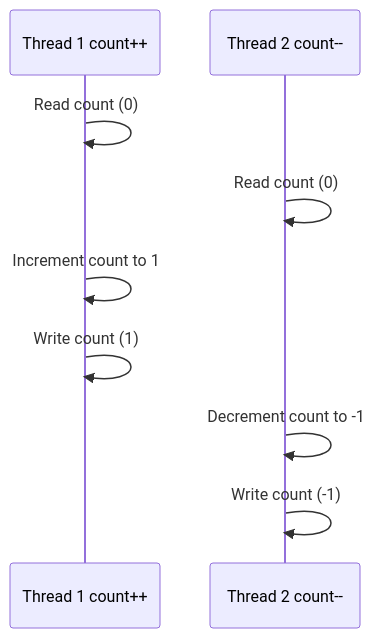
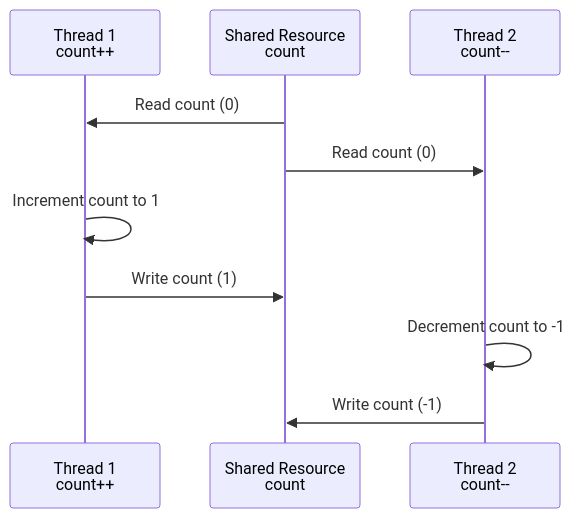
One commit to nitinkc/nitinkc.github.io changed the second of 2 diagrams in _posts/Java/threads/2022-08-06-race-condition.md. Above: the diagram before and after it, drawn with Mermaid. The commit also changed other lines of this file and 4 other files, not shown here.

````diff
--- a/_posts/Java/threads/2022-08-06-race-condition.md
+++ b/_posts/Java/threads/2022-08-06-race-condition.md
@@ -145,12 +106,13 @@
 ```mermaid!
 sequenceDiagram
-    participant T1 as Thread 1 count++ #blue
-    participant T2 as Thread 2 count-- #green
+    participant T1 as Thread 1 <br/> count++ #blue
+    participant SR as Shared Resource<br/> count
+    participant T2 as Thread 2 <br/> count-- #green
 
-    T1->>T1: Read count (0)
-    T2->>T2: Read count (0)
+    SR->>T1: Read count (0)
+    SR->>T2: Read count (0)
     T1->>T1: Increment count to 1
-    T1->>T1: Write count (1)
+    T1->>SR: Write count (1)
     T2->>T2: Decrement count to -1
-    T2->>T2: Write count (-1)
+    T2->>SR: Write count (-1)
 ```
````
